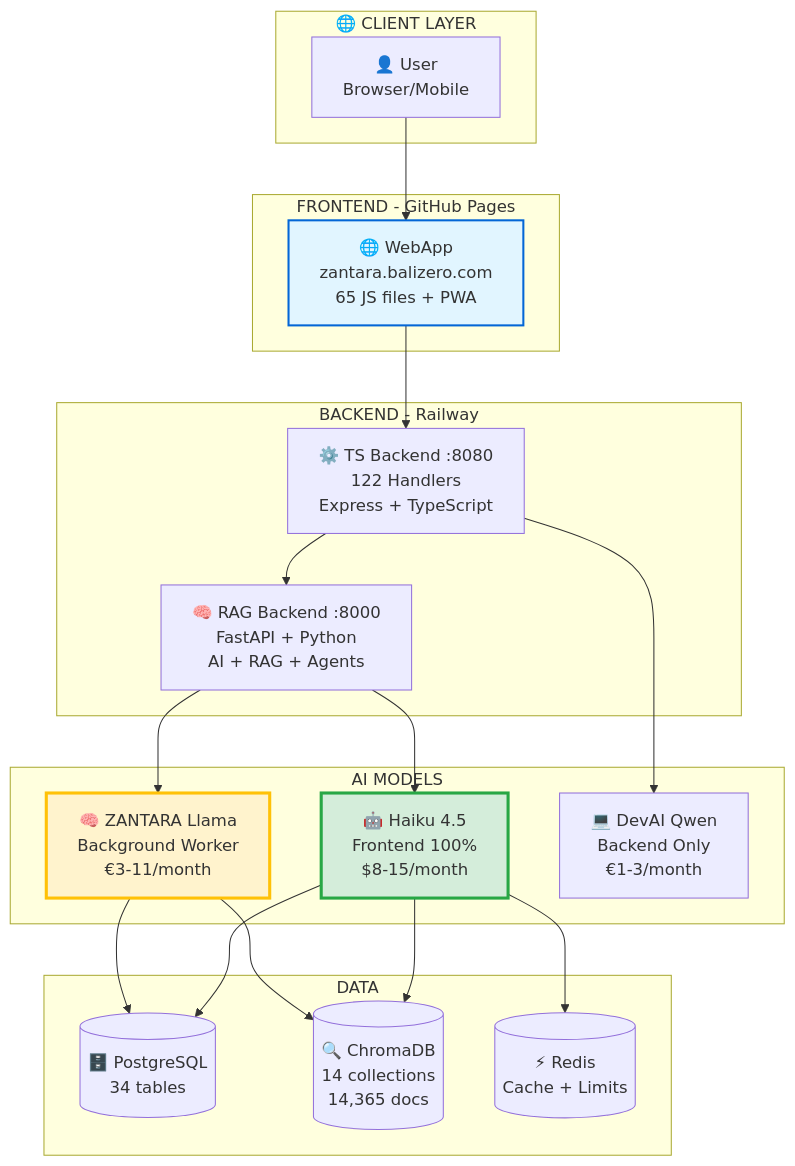
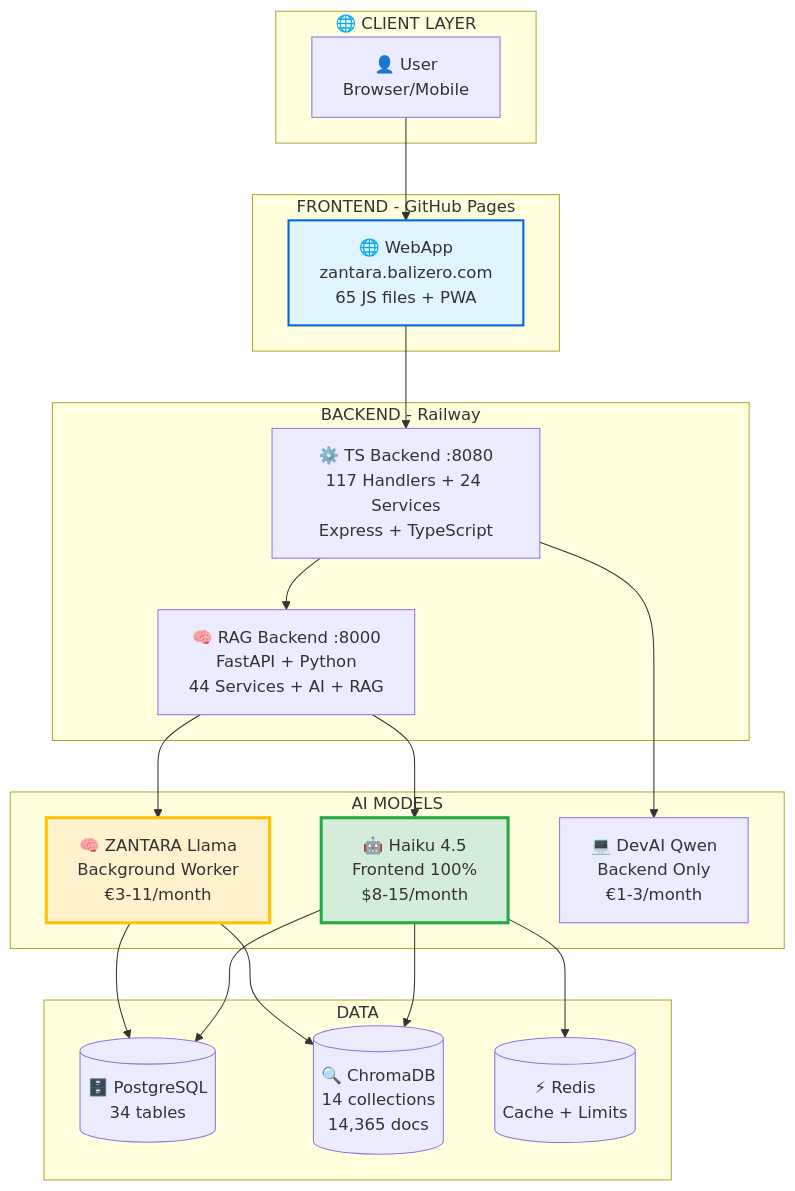
One commit to Balizero1987/nuzantara changed the first of 3 diagrams in docs/galaxy-map/01-system-overview.md. Above: the diagram before and after it, drawn with Mermaid. The commit also changed other lines of this file and 392 other files, not shown here.

````diff
--- a/docs/galaxy-map/01-system-overview.md
+++ b/docs/galaxy-map/01-system-overview.md
@@ -24,45 +24,45 @@
 ```mermaid
 graph TB
     subgraph "🌐 CLIENT LAYER"
         User[👤 User<br/>Browser/Mobile]
     end
     
     subgraph "FRONTEND - GitHub Pages"
         WebApp[🌐 WebApp<br/>zantara.balizero.com<br/>65 JS files + PWA]
     end
     
     subgraph "BACKEND - Railway"
-        TS[⚙️ TS Backend :8080<br/>122 Handlers<br/>Express + TypeScript]
-        RAG[🧠 RAG Backend :8000<br/>FastAPI + Python<br/>AI + RAG + Agents]
+        TS[⚙️ TS Backend :8080<br/>117 Handlers + 24 Services<br/>Express + TypeScript]
+        RAG[🧠 RAG Backend :8000<br/>FastAPI + Python<br/>44 Services + AI + RAG]
     end
     
     subgraph "AI MODELS"
         Haiku[🤖 Haiku 4.5<br/>Frontend 100%<br/>$8-15/month]
         Llama[🧠 ZANTARA Llama<br/>Background Worker<br/>€3-11/month]
         DevAI[💻 DevAI Qwen<br/>Backend Only<br/>€1-3/month]
     end
     
     subgraph "DATA"
         PG[(🗄️ PostgreSQL<br/>34 tables)]
         Chroma[(🔍 ChromaDB<br/>14 collections<br/>14,365 docs)]
         Redis[(⚡ Redis<br/>Cache + Limits)]
     end
     
     User --> WebApp
     WebApp --> TS
     TS --> RAG
     RAG --> Haiku
     RAG --> Llama
     TS --> DevAI
     
     Haiku --> Chroma
     Haiku --> PG
     Haiku --> Redis
     
     Llama --> Chroma
     Llama --> PG
     
     style Haiku fill:#d4edda,stroke:#28a745,stroke-width:3px
     style Llama fill:#fff3cd,stroke:#ffc107,stroke-width:3px
     style WebApp fill:#e1f5ff,stroke:#0366d6,stroke-width:2px
 ```
````
